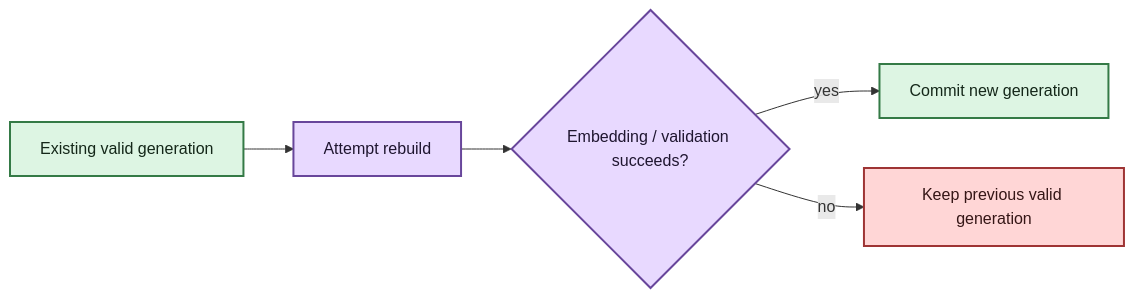
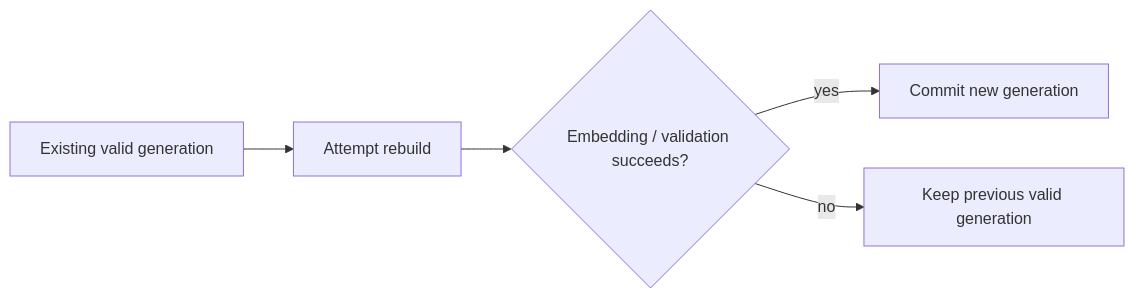
The diagram in docs/development/semantic-retrieval-testing.md (SSD1805/EchoFlow), drawn with Mermaid before and after one commit. The commit also changed 24 other files, not shown here.

Commit message:
docs: normalize Mermaid for GitHub portability

````diff
--- a/docs/development/semantic-retrieval-testing.md
+++ b/docs/development/semantic-retrieval-testing.md
@@ -86,15 +86,7 @@
 ```mermaid
-flowchart LR
+graph LR;
     A[Existing valid generation] --> B[Attempt rebuild]
     B --> C{Embedding / validation succeeds?}
     C -->|yes| D[Commit new generation]
     C -->|no| E[Keep previous valid generation]
-
-    classDef good fill:#DDF5E3,stroke:#347A46,stroke-width:2px,color:#142719
-    classDef work fill:#E8D9FF,stroke:#68469B,stroke-width:2px,color:#1F1630
-    classDef stop fill:#FFD6D6,stroke:#9E3434,stroke-width:2px,color:#351616
-
-    class A,D good
-    class B,C work
-    class E stop
 ```
````
